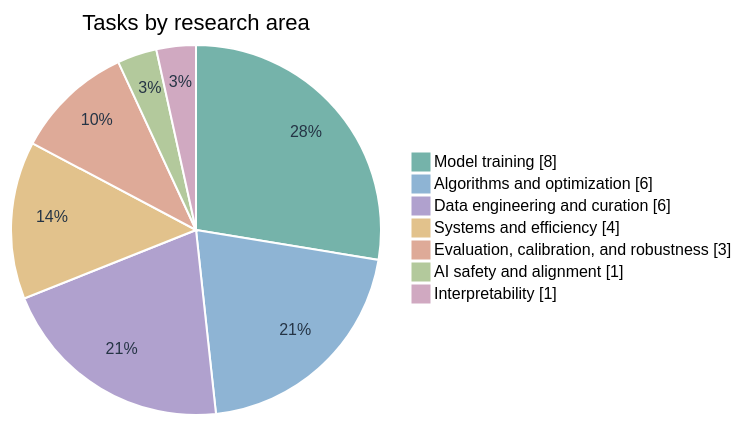
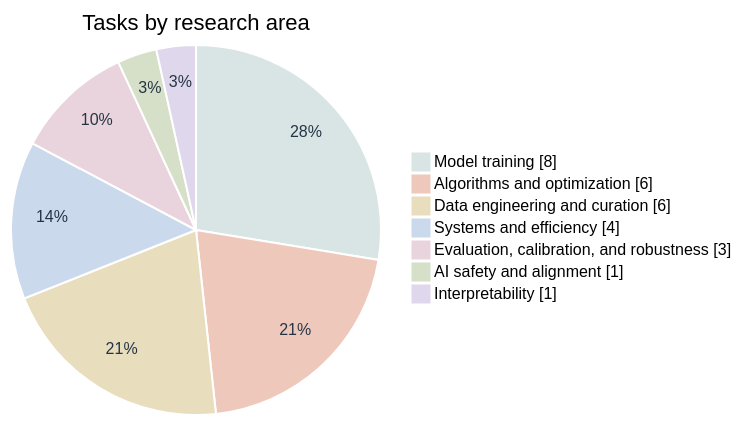
One commit to bespokelabsai/AutoResearchExam changed the diagram in README.md. Above: the diagram before and after it, drawn with Mermaid.

Commit message:
Match task pie colors to the benchmark taxonomy

````diff
--- a/README.md
+++ b/README.md
@@ -10,33 +10,33 @@
 ```mermaid
 ---
 config:
   themeVariables:
     fontFamily: 'Arial, Helvetica, sans-serif'
-    pie1: '#75B3AA'
-    pie2: '#8EB4D4'
-    pie3: '#B0A1CE'
-    pie4: '#E2C28C'
-    pie5: '#DEAA98'
-    pie6: '#B3C99C'
-    pie7: '#D0A9C1'
+    pie1: '#d8e5e4'
+    pie2: '#efc8bc'
+    pie3: '#e8ddbd'
+    pie4: '#cbd9ec'
+    pie5: '#e9d4dd'
+    pie6: '#d6e0c8'
+    pie7: '#dfd7ec'
     pieOpacity: 1
     pieStrokeColor: '#FFFFFF'
     pieStrokeWidth: '2px'
     pieOuterStrokeWidth: '0px'
     pieTitleTextSize: '22px'
     pieSectionTextSize: '16px'
     pieSectionTextColor: '#253445'
     pieLegendTextSize: '16px'
   pie:
     textPosition: 0.78
 ---
 pie showData
     title Tasks by research area
     "Model training" : 8
     "Algorithms and optimization" : 6
     "Data engineering and curation" : 6
     "Systems and efficiency" : 4
     "Evaluation, calibration, and robustness" : 3
     "AI safety and alignment" : 1
     "Interpretability" : 1
 ```
````
